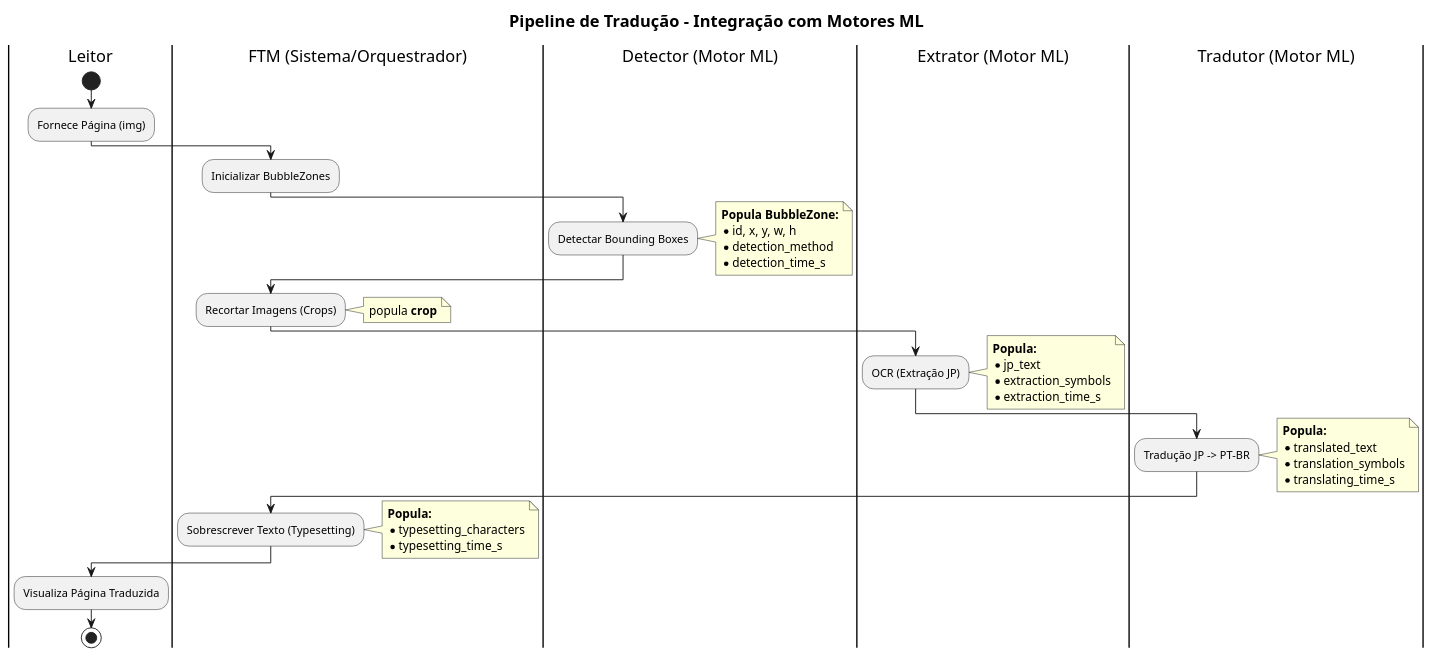
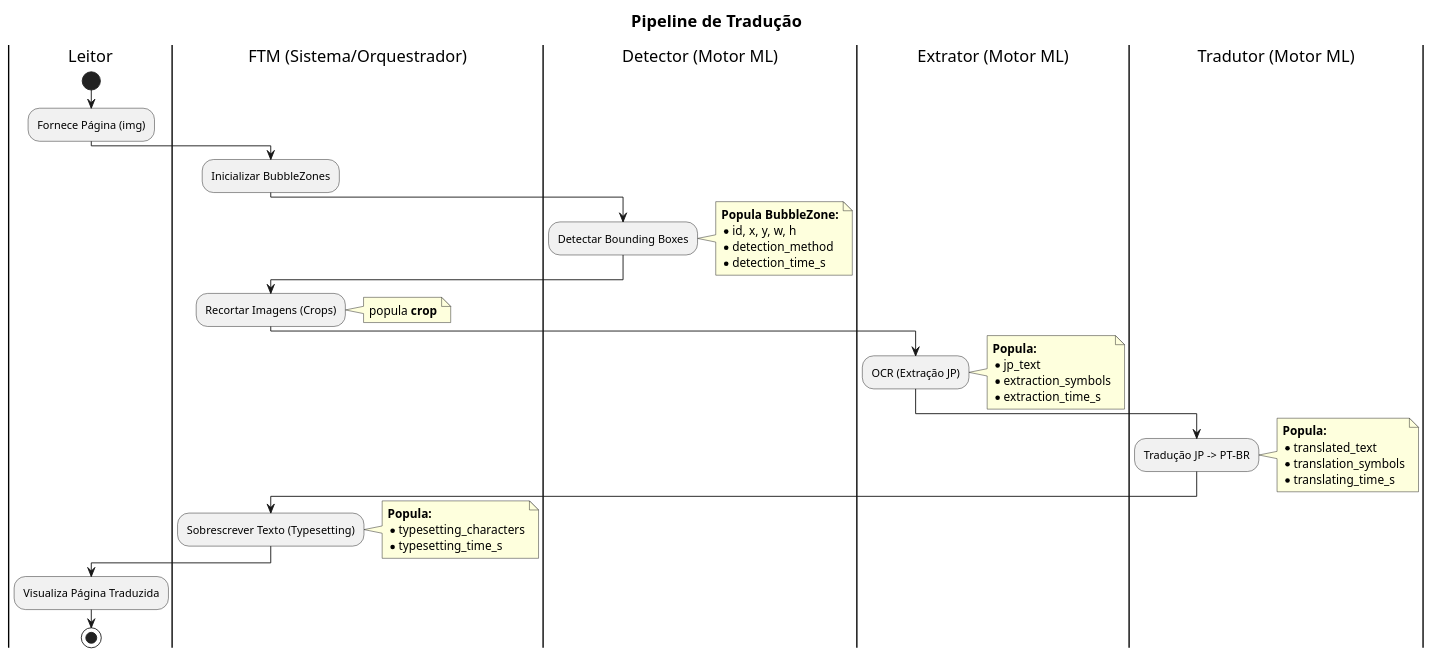
One commit to Chipskein/ftm changed the diagram in benchmarks/diagrams/activity.pu. Above: the diagram before and after it, drawn with PlantUML. The commit also changed 2 other files, not shown here.

```diff
--- a/benchmarks/diagrams/activity.pu
+++ b/benchmarks/diagrams/activity.pu
@@ -1,58 +1,57 @@
 @startuml
-skinparam handwritten false
 skinparam shadowing false
 skinparam DefaultFontName "Segoe UI"
 skinparam TitleFontSize 18
 
-title Pipeline de Tradução - Integração com Motores ML
+title Pipeline de Tradução
 
 |Leitor|
 start
 :Fornece Página (img);
 
 |FTM (Sistema/Orquestrador)|
 :Inicializar BubbleZones;
 
 |Detector (Motor ML)|
 :Detectar Bounding Boxes;
 note right
   **Popula BubbleZone:**
   * id, x, y, w, h
   * detection_method
   * detection_time_s
 end note
 
 |FTM (Sistema/Orquestrador)|
 :Recortar Imagens (Crops);
 note right: popula **crop**
 
 |Extrator (Motor ML)|
 :OCR (Extração JP);
 note right
   **Popula:**
   * jp_text
   * extraction_symbols
   * extraction_time_s
 end note
 
 |Tradutor (Motor ML)|
 :Tradução JP -> PT-BR;
 note right
   **Popula:**
   * translated_text
   * translation_symbols
   * translating_time_s
 end note
 
 |FTM (Sistema/Orquestrador)|
 :Sobrescrever Texto (Typesetting);
 note right
   **Popula:**
   * typesetting_characters
   * typesetting_time_s
 end note
 
 |Leitor|
 :Visualiza Página Traduzida;
 stop
 @enduml
```
